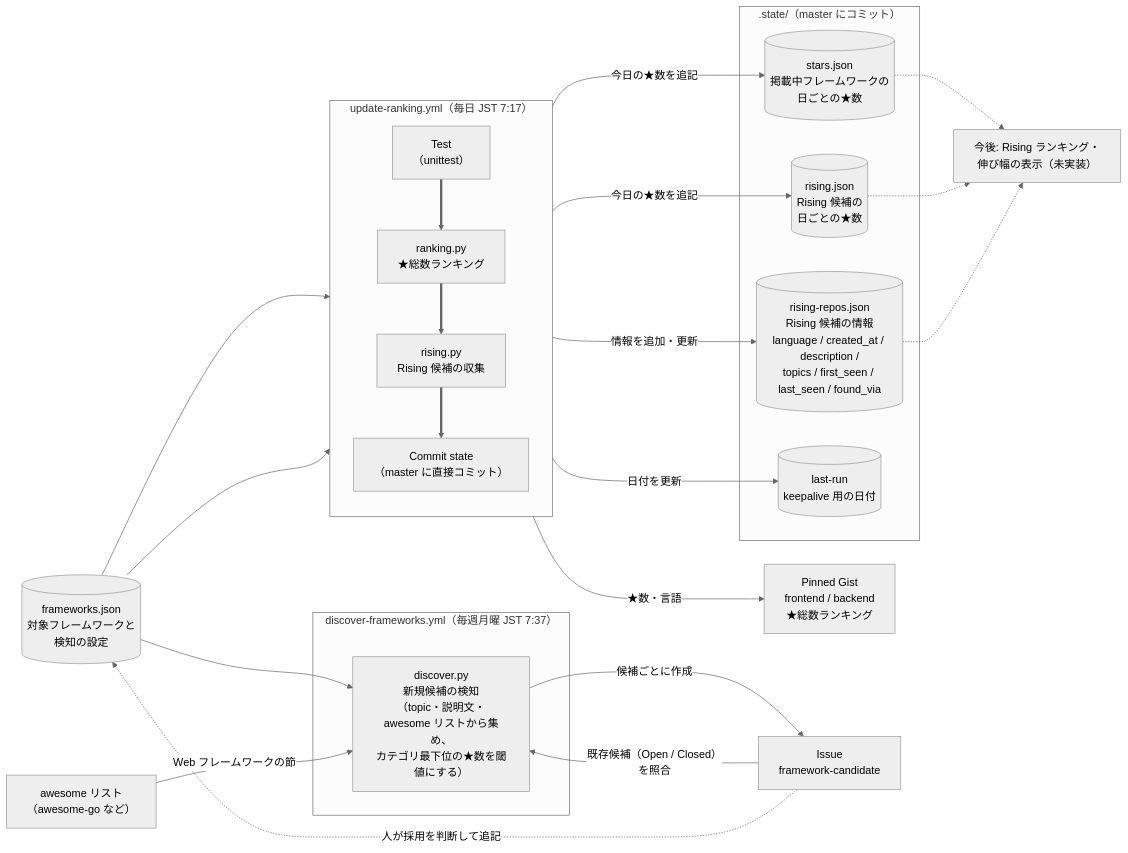
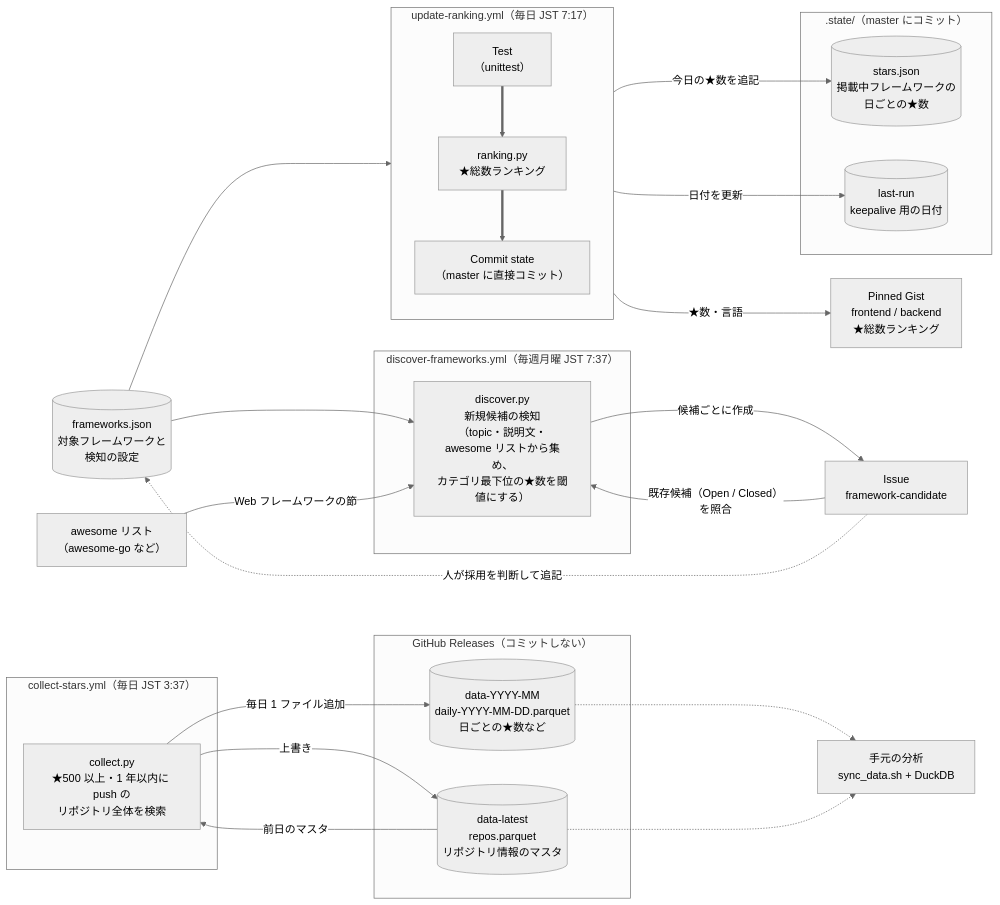
The first of 3 diagrams in docs/DATA_FLOW.md (ot-nemoto/Omiya), drawn with Mermaid (neutral theme) before and after one commit. The commit also changed other lines of this file and 15 other files, not shown here.

First line of the commit message:
Collect daily star data for all ★500+ repos into GitHub Releases (#34)

````diff
--- a/docs/DATA_FLOW.md
+++ b/docs/DATA_FLOW.md
@@ -7,47 +7,53 @@
 ```mermaid
 flowchart LR
     config[("frameworks.json<br/>対象フレームワークと<br/>検知の設定")]
 
     subgraph daily["update-ranking.yml（毎日 JST 7:17）"]
         direction TB
         test["Test<br/>（unittest）"]
         ranking["ranking.py<br/>★総数ランキング"]
-        rising["rising.py<br/>Rising 候補の収集"]
         commit["Commit state<br/>（master に直接コミット）"]
-        test ==> ranking ==> rising ==> commit
+        test ==> ranking ==> commit
     end
 
     subgraph weekly["discover-frameworks.yml（毎週月曜 JST 7:37）"]
         discover["discover.py<br/>新規候補の検知<br/>（topic・説明文・awesome リストから集め、<br/>カテゴリ最下位の★数を閾値にする）"]
     end
 
+    subgraph collectwf["collect-stars.yml（毎日 JST 3:37）"]
+        collect["collect.py<br/>★500 以上・1 年以内に push の<br/>リポジトリ全体を検索"]
+    end
+
     subgraph state[".state/（master にコミット）"]
         stars[("stars.json<br/>掲載中フレームワークの<br/>日ごとの★数")]
-        risingStars[("rising.json<br/>Rising 候補の<br/>日ごとの★数")]
-        risingRepos[("rising-repos.json<br/>Rising 候補の情報<br/>language / created_at / description /<br/>topics / first_seen / last_seen / found_via")]
         lastRun[("last-run<br/>keepalive 用の日付")]
+    end
+
+    subgraph releases["GitHub Releases（コミットしない）"]
+        dailyFiles[("data-YYYY-MM<br/>daily-YYYY-MM-DD.parquet<br/>日ごとの★数など")]
+        reposFile[("data-latest<br/>repos.parquet<br/>リポジトリ情報のマスタ")]
     end
 
     gists["Pinned Gist<br/>frontend / backend<br/>★総数ランキング"]
     issues["Issue<br/>framework-candidate"]
-    future["今後: Rising ランキング・<br/>伸び幅の表示（未実装）"]
+    awesome["awesome リスト<br/>（awesome-go など）"]
+    local["手元の分析<br/>sync_data.sh + DuckDB"]
 
     config --> ranking
-    config --> rising
     config --> discover
 
     ranking -->|"★数・言語"| gists
     ranking -->|"今日の★数を追記"| stars
-    rising -->|"今日の★数を追記"| risingStars
-    rising -->|"情報を追加・更新"| risingRepos
     commit -->|"日付を更新"| lastRun
 
     discover -->|"候補ごとに作成"| issues
     issues -->|"既存候補（Open / Closed）を照合"| discover
-    awesome["awesome リスト<br/>（awesome-go など）"] -->|"Web フレームワークの節"| discover
+    awesome -->|"Web フレームワークの節"| discover
     issues -.->|"人が採用を判断して追記"| config
 
-    stars -.-> future
-    risingStars -.-> future
-    risingRepos -.-> future
+    reposFile -->|"前日のマスタ"| collect
+    collect -->|"毎日 1 ファイル追加"| dailyFiles
+    collect -->|"上書き"| reposFile
+    dailyFiles -.-> local
+    reposFile -.-> local
 ```
````
